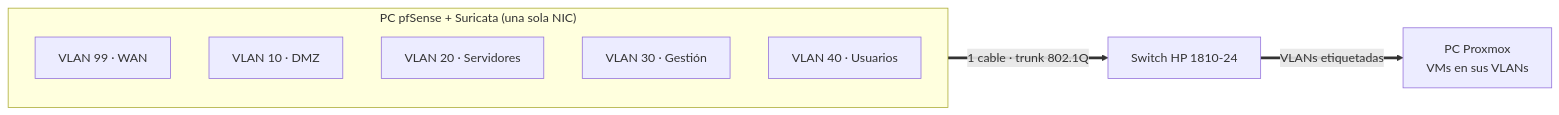
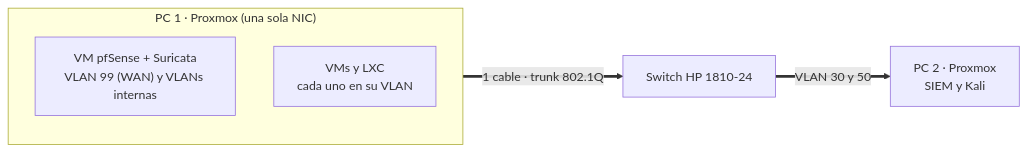
One commit to alexnaranjooo/APUNTES-ASIX changed the second of 3 diagrams in docs/honeynet/introduccion-al-proyecto/infraestructura-fisica.md. Above: the diagram before and after it, drawn with Mermaid. The commit also changed other lines of this file and 3 other files, not shown here.

Commit message:
GITBOOK-58: Arquitectura con dos Proxmox: infraestructura, diagrama, alcance y checklist

````diff
--- a/docs/honeynet/introduccion-al-proyecto/infraestructura-fisica.md
+++ b/docs/honeynet/introduccion-al-proyecto/infraestructura-fisica.md
@@ -53,16 +60,13 @@
 ```mermaid
 flowchart LR
-    subgraph PFPC["PC pfSense + Suricata (una sola NIC)"]
+    subgraph PC1["PC 1 · Proxmox (una sola NIC)"]
         direction TB
-        W["VLAN 99 · WAN"]
-        D["VLAN 10 · DMZ"]
-        S["VLAN 20 · Servidores"]
-        G["VLAN 30 · Gestión"]
-        U["VLAN 40 · Usuarios"]
+        PF["VM pfSense + Suricata<br/>VLAN 99 (WAN) y VLANs internas"]
+        MV["VMs y LXC<br/>cada uno en su VLAN"]
     end
     SW["Switch HP 1810-24"]
-    PVE["PC Proxmox<br/>VMs en sus VLANs"]
+    PC2["PC 2 · Proxmox<br/>SIEM y Kali"]
 
-    PFPC == "1 cable · trunk 802.1Q" ==> SW
-    SW == "VLANs etiquetadas" ==> PVE
+    PC1 == "1 cable · trunk 802.1Q" ==> SW
+    SW == "VLAN 30 y 50" ==> PC2
 ```
````
